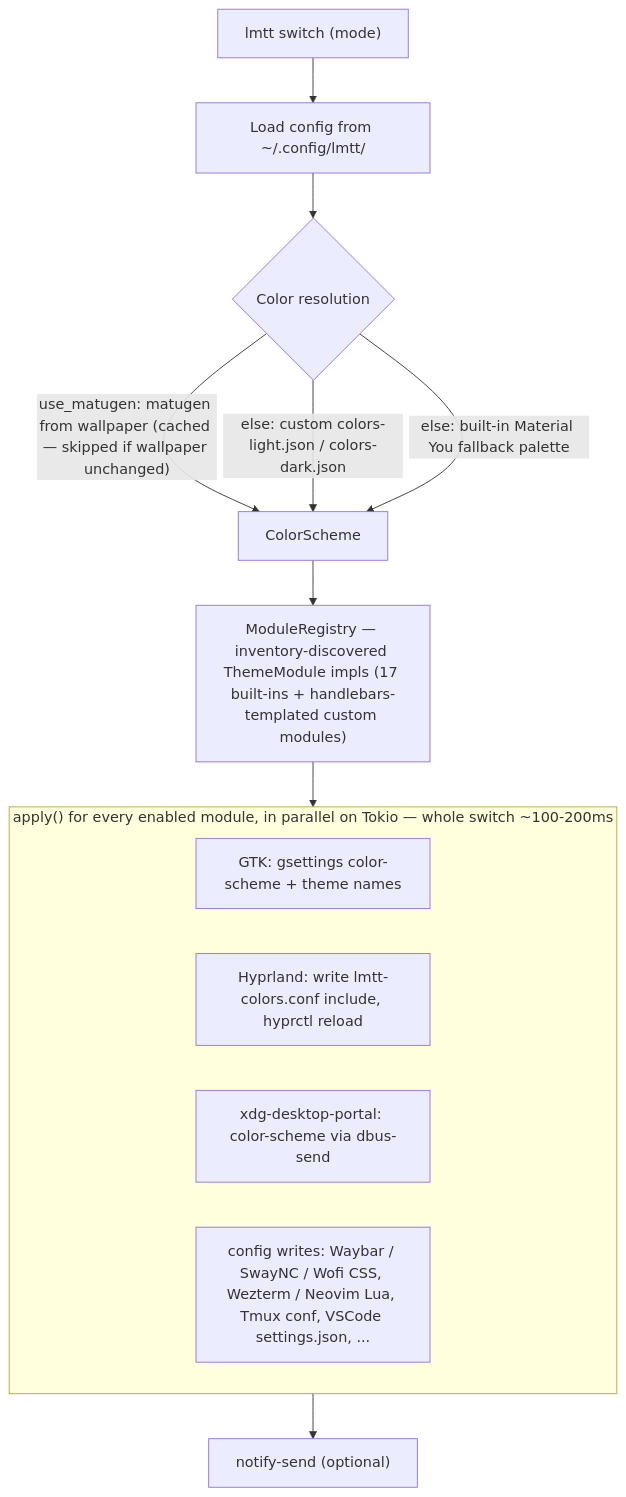
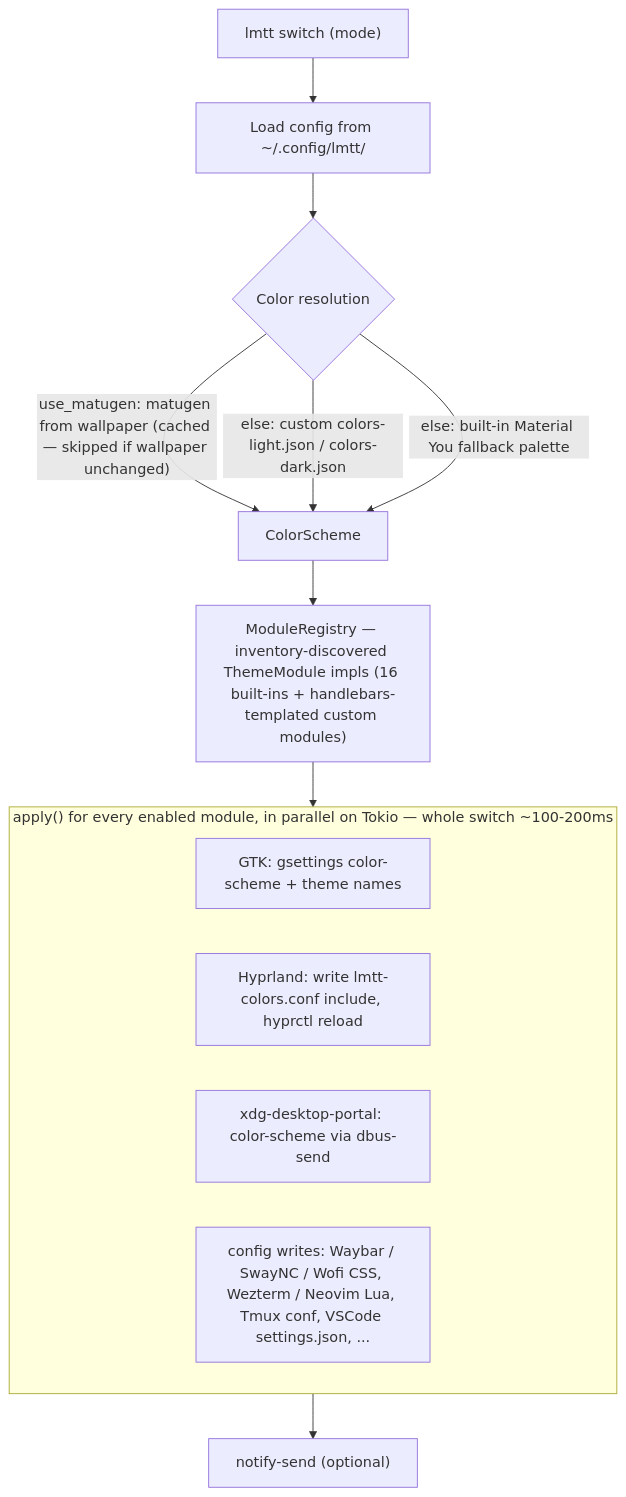
One commit to MasonRhodesDev/linux-multi-theme-toggle changed the diagram in README.md. Above: the diagram before and after it, drawn with Mermaid. The commit also changed 3 other files, not shown here.

````diff
--- a/README.md
+++ b/README.md
@@ -307,19 +307,19 @@
 ```mermaid
 flowchart TD
     CMD["lmtt switch (mode)"] --> CFG["Load config from ~/.config/lmtt/"]
     CFG --> RES{"Color resolution"}
     RES -->|"use_matugen: matugen from wallpaper (cached — skipped if wallpaper unchanged)"| SCHEME["ColorScheme"]
     RES -->|"else: custom colors-light.json / colors-dark.json"| SCHEME
     RES -->|"else: built-in Material You fallback palette"| SCHEME
-    SCHEME --> REG["ModuleRegistry — inventory-discovered ThemeModule impls (17 built-ins + handlebars-templated custom modules)"]
+    SCHEME --> REG["ModuleRegistry — inventory-discovered ThemeModule impls (16 built-ins + handlebars-templated custom modules)"]
 
     subgraph PAR ["apply() for every enabled module, in parallel on Tokio — whole switch ~100-200ms"]
         GTK["GTK: gsettings color-scheme + theme names"]
         HYP["Hyprland: write lmtt-colors.conf include, hyprctl reload"]
         XDG["xdg-desktop-portal: color-scheme via dbus-send"]
         APPS["config writes: Waybar / SwayNC / Wofi CSS, Wezterm / Neovim Lua, Tmux conf, VSCode settings.json, ..."]
     end
 
     REG --> PAR
     PAR --> NOTE["notify-send (optional)"]
 ```
````
